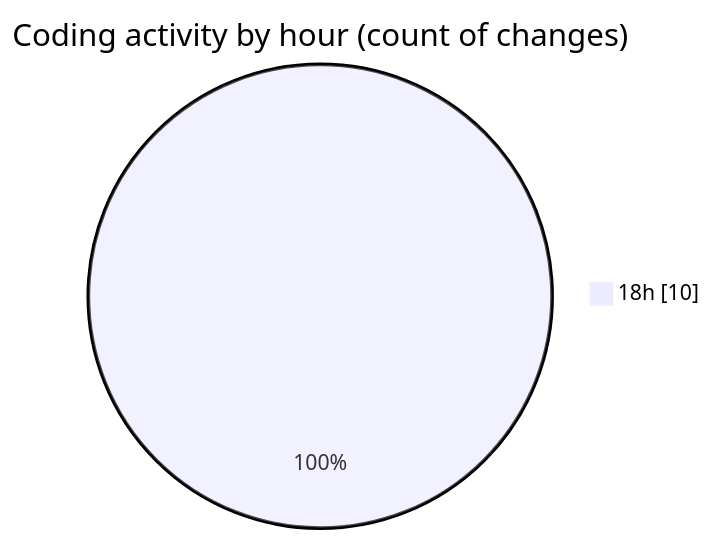
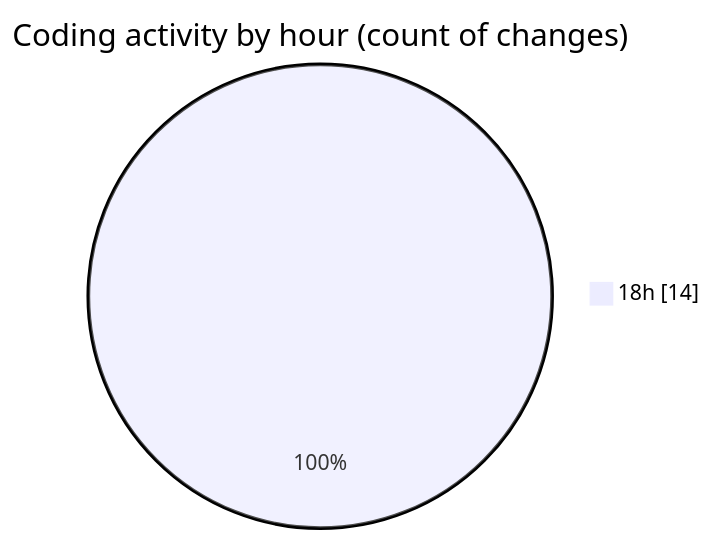
Before and after one commit to hasnaa123/code-tracking: the second of 2 diagrams in 2025-12-28/java_basics/README.md, drawn with Mermaid. The commit also changed other lines of this file and 1 other file, not shown here.

````diff
--- a/2025-12-28/java_basics/README.md
+++ b/2025-12-28/java_basics/README.md
@@ -28,5 +28,5 @@
 ```mermaid
 pie showData
 title Coding activity by hour (count of changes)
-"18h" : 10
+"18h" : 14
 ```
````
